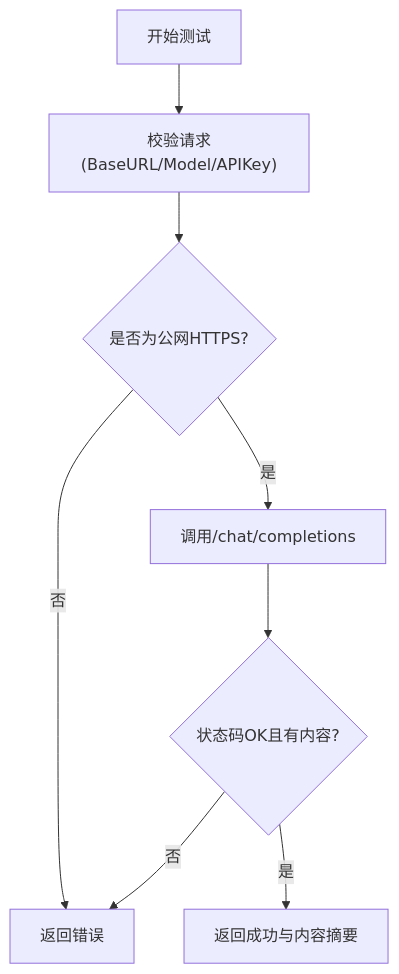
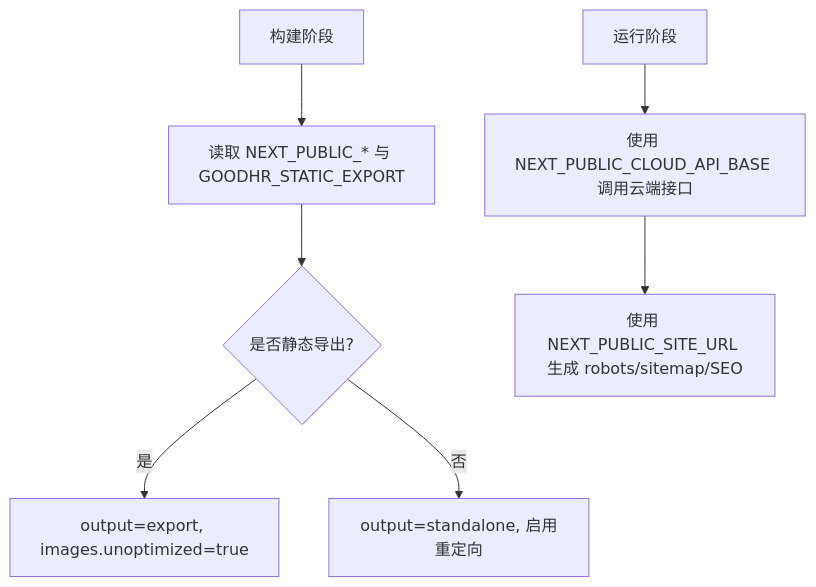
The fourth of 5 diagrams in .qoder/repowiki/zh/content/部署指南/生产环境部署/环境变量配置.md (alvinwangzi/goodhr), drawn with Mermaid before and after one commit. The commit also changed other lines of this file and 149 other files, not shown here.

````diff
--- a/.qoder/repowiki/zh/content/部署指南/生产环境部署/环境变量配置.md
+++ b/.qoder/repowiki/zh/content/部署指南/生产环境部署/环境变量配置.md
@@ -210,10 +194,9 @@
 ```mermaid
 flowchart TD
-TStart["开始测试"] --> Validate["校验请求(BaseURL/Model/APIKey)"]
-Validate --> NetCheck{"是否为公网HTTPS?"}
-NetCheck --> |否| Error["返回错误"]
-NetCheck --> |是| CallAI["调用/chat/completions"]
-CallAI --> Resp{"状态码OK且有内容?"}
-Resp --> |否| Error
-Resp --> |是| Success["返回成功与内容摘要"]
+Build["构建阶段"] --> ReadEnv["读取 NEXT_PUBLIC_* 与 GOODHR_STATIC_EXPORT"]
+ReadEnv --> DecideOutput{"是否静态导出?"}
+DecideOutput --> |是| Static["output=export, images.unoptimized=true"]
+DecideOutput --> |否| Standalone["output=standalone, 启用重定向"]
+Run["运行阶段"] --> UseBase["使用 NEXT_PUBLIC_CLOUD_API_BASE 调用云端接口"]
+UseBase --> RobotsSitemap["使用 NEXT_PUBLIC_SITE_URL 生成 robots/sitemap/SEO"]
 ```
````
